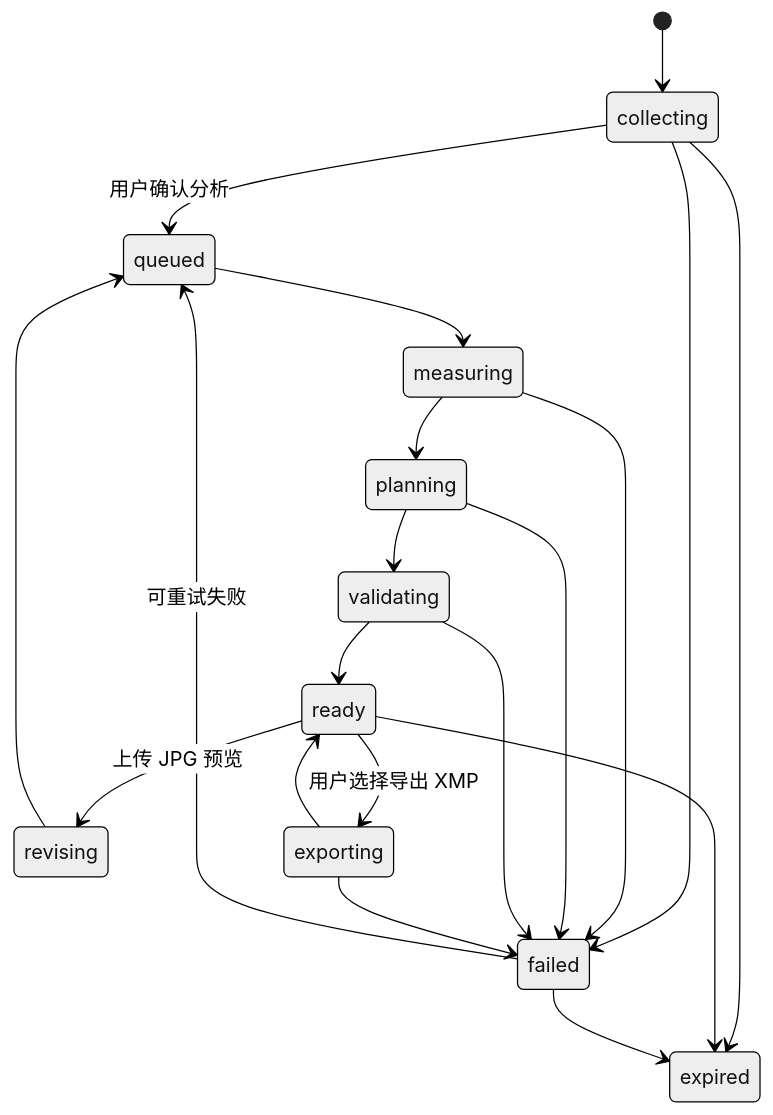
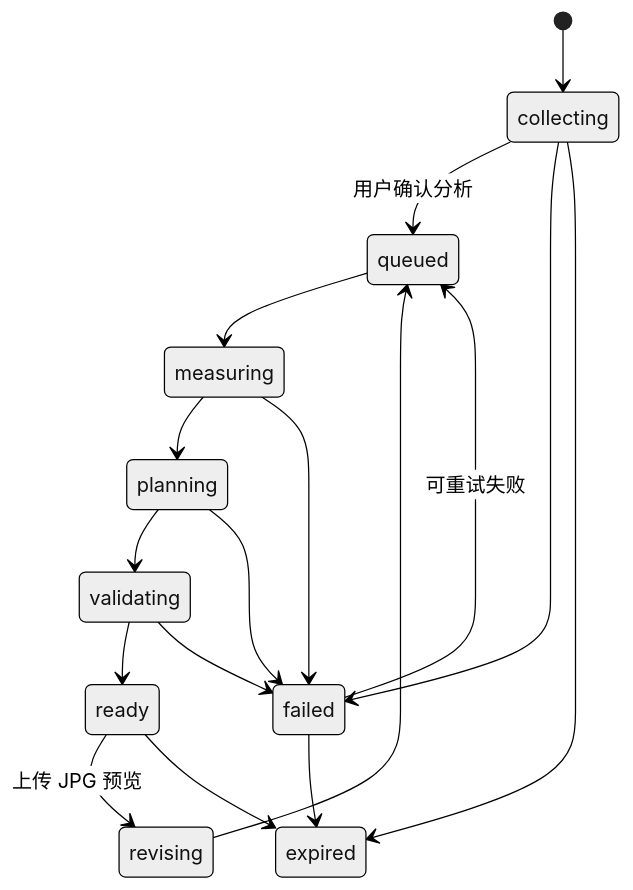
One commit to Li5771128/web-photo-agent changed the second of 2 diagrams in ARCHITECTURE.md. Above: the diagram before and after it, drawn with Mermaid (neutral theme). The commit also changed other lines of this file and 17 other files, not shown here.

````diff
--- a/ARCHITECTURE.md
+++ b/ARCHITECTURE.md
@@ -82,22 +81,19 @@
 ```mermaid
 stateDiagram-v2
   [*] --> collecting
   collecting --> queued: 用户确认分析
   queued --> measuring
   measuring --> planning
   planning --> validating
   validating --> ready
   ready --> revising: 上传 JPG 预览
   revising --> queued
-  ready --> exporting: 用户选择导出 XMP
-  exporting --> ready
   collecting --> failed
   measuring --> failed
   planning --> failed
   validating --> failed
-  exporting --> failed
   failed --> queued: 可重试失败
   collecting --> expired
   ready --> expired
   failed --> expired
 ```
````
